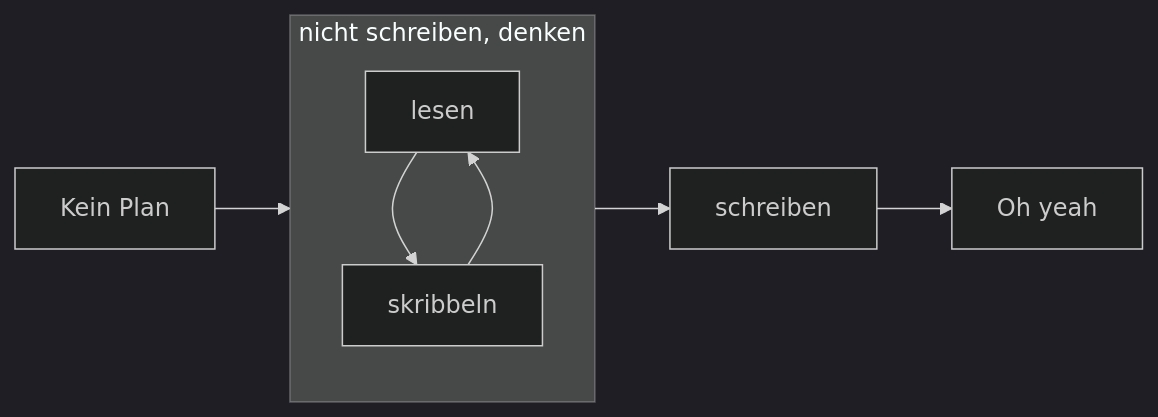
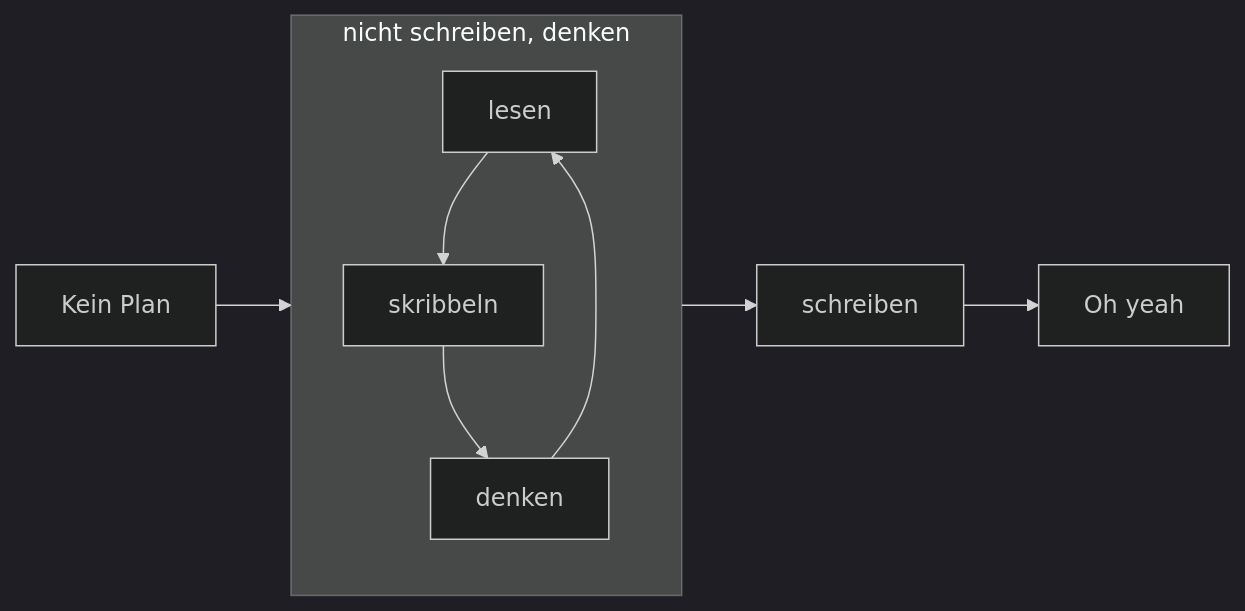
Before and after one commit to sebastiansauer/fopra: the sixth of 7 diagrams in 020-themawahl.qmd, drawn with Mermaid (dark theme). The commit also changed other lines of this file and 8 other files, not shown here.

````diff
--- a/020-themawahl.qmd
+++ b/020-themawahl.qmd
@@ -420,13 +477,13 @@
 ```{mermaid}
 %%| label: fig-nicht-schreiben
 %%| fig-cap: "Erst denken, dann skribbeln, dann schreiben"
 flowchart LR
   subgraph V[nicht schreiben, denken]
-    lesen --> skribbeln --> lesen
+    lesen --> skribbeln --> denken --> lesen
   end  
   KP[Kein Plan]  --> V
  
   V --> S[schreiben]
   S --> Y[Oh yeah]
  
 ```
````
